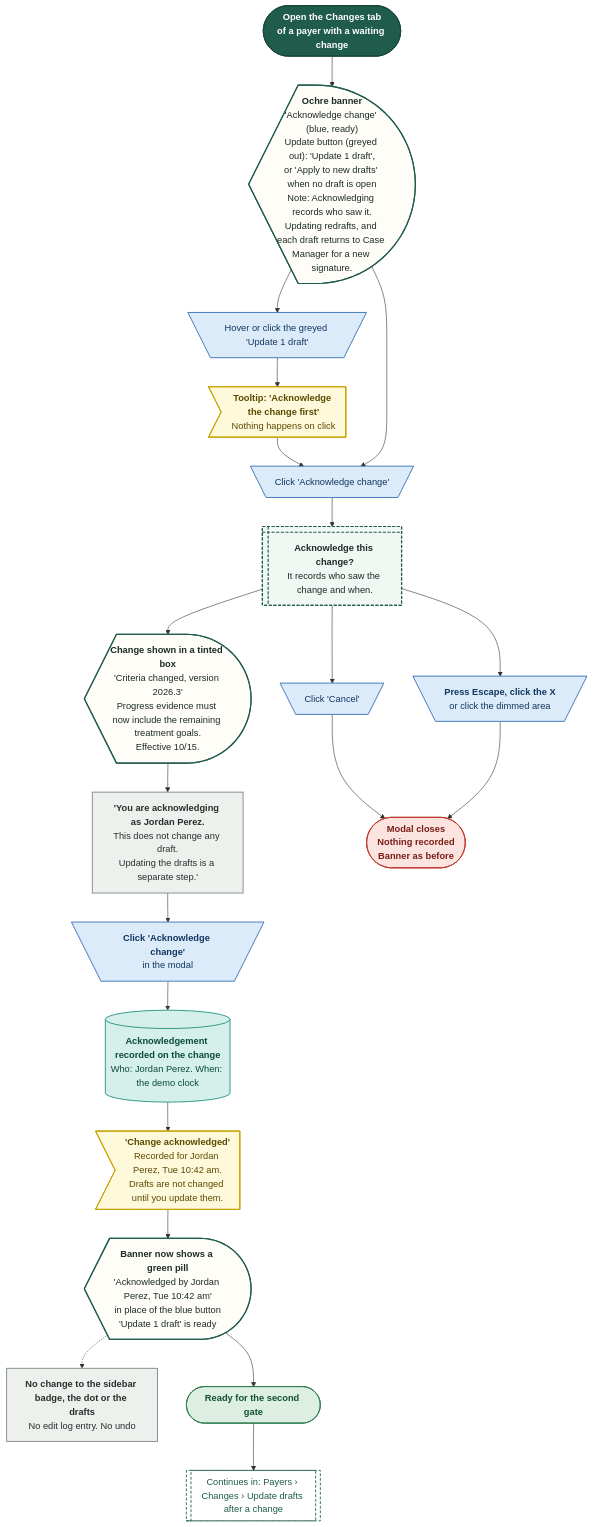
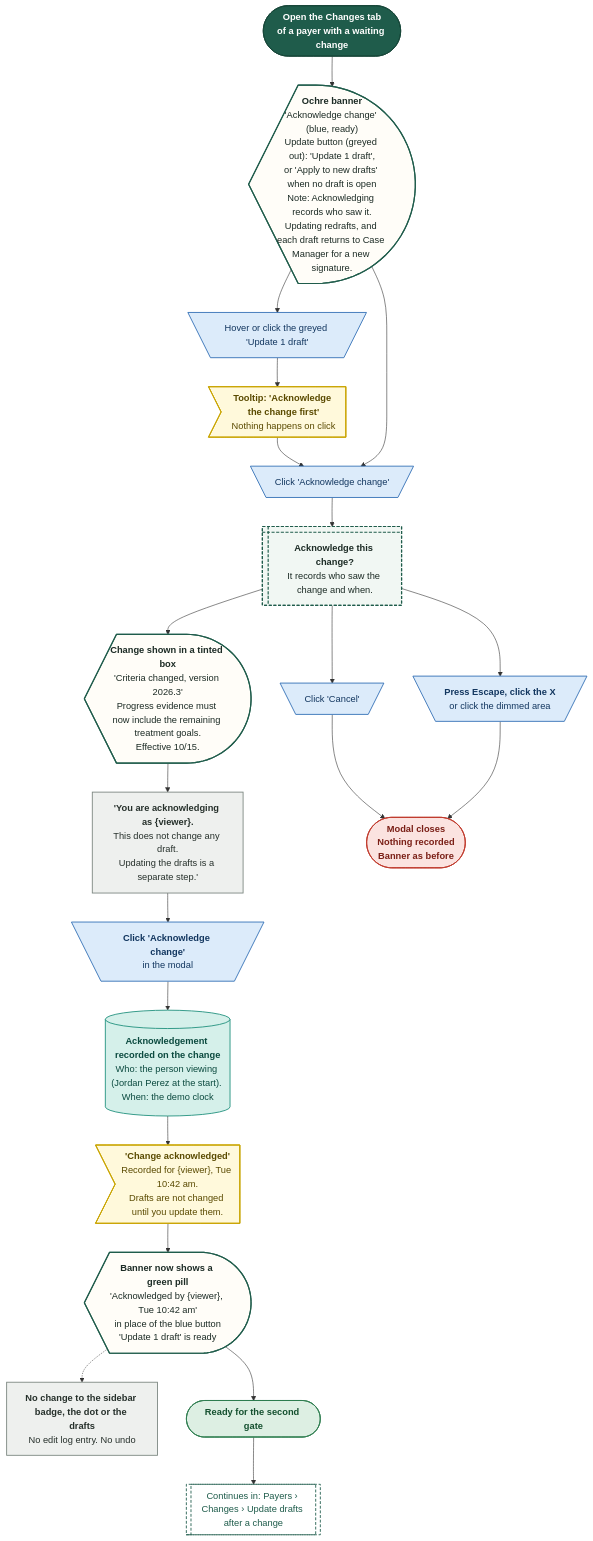
One commit to Shrav143/psyfloapp changed diagram 22 of 27 in demos/prior-auth-demo/workflows/out/md/10-payers.md. Above: the diagram before and after it, drawn with Mermaid. The commit also changed other lines of this file and 251 other files, not shown here.

First line of the commit message:
docs: rebuild the workflow diagrams (291) for round 4

````diff
--- a/demos/prior-auth-demo/workflows/out/md/10-payers.md
+++ b/demos/prior-auth-demo/workflows/out/md/10-payers.md
@@ -1646,55 +1648,55 @@
 ```mermaid
 %%{init: {"theme":"base","themeVariables":{"fontFamily":"'DM Sans', 'Segoe UI', system-ui, sans-serif","fontSize":"15px","lineColor":"#5B6B63","primaryTextColor":"#1C2B25","clusterBkg":"#FBF8F3","clusterBorder":"#D9CDBB","edgeLabelBackground":"#FFFFFF"},"flowchart":{"curve":"basis","nodeSpacing":36,"rankSpacing":48,"padding":12,"htmlLabels":true,"useMaxWidth":false,"wrappingWidth":230}} }%%
 flowchart TD
   classDef k_start fill:#1F5C4B,stroke:#174638,color:#FFFFFF,stroke-width:1.5px,font-weight:600
   classDef k_end fill:#DDEFE3,stroke:#2E7D4F,color:#14502F,stroke-width:1.5px,font-weight:600
   classDef k_endx fill:#FBE3E0,stroke:#C0392B,color:#7A1F16,stroke-width:1.5px,font-weight:600
   classDef k_screen fill:#FFFDF8,stroke:#1F5C4B,color:#1C2B25,stroke-width:2px
   classDef k_overlay fill:#F1F7F3,stroke:#1F5C4B,color:#1C2B25,stroke-width:2px,stroke-dasharray:5 3
   classDef k_click fill:#DCEBFA,stroke:#2F6DB5,color:#12365F,stroke-width:1.5px
   classDef k_input fill:#E4E7FF,stroke:#4C5FD5,color:#1D2670,stroke-width:1.5px
   classDef k_process fill:#EEF0EE,stroke:#7A857F,color:#26302B,stroke-width:1.5px
   classDef k_agent fill:#EEE5FA,stroke:#7A4FC2,color:#341A63,stroke-width:1.5px
   classDef k_decision fill:#FFF0CC,stroke:#D9962B,color:#5C3B00,stroke-width:1.5px
   classDef k_store fill:#D5F0EA,stroke:#1C8E7B,color:#0B4A3F,stroke-width:1.5px
   classDef k_doc fill:#F6E9DC,stroke:#B07A4C,color:#4A2E14,stroke-width:1.5px
   classDef k_ext fill:#FFE6D2,stroke:#E07B39,color:#6B2F06,stroke-width:1.5px
   classDef k_wait fill:#E4E8EE,stroke:#6B7C93,color:#26303D,stroke-width:1.5px
   classDef k_toast fill:#FFF9DB,stroke:#C9A400,color:#5A4A00,stroke-width:1.5px
   classDef k_goto fill:#FFFFFF,stroke:#1F5C4B,color:#1F5C4B,stroke-width:1.5px,stroke-dasharray:5 3
   s1@{ shape: stadium, label: "<b>Open the Changes tab</b><br/>of a payer with a waiting change" }
   bn@{ shape: curv-trap, label: "<b>Ochre banner</b><br/>'Acknowledge change' (blue, ready)<br/>Update button (greyed out): 'Update 1 draft',<br/>or 'Apply to new drafts' when no draft is open<br/>Note: Acknowledging records who saw it.<br/>Updating redrafts, and each draft returns to Case Manager for a new signature." }
   hv@{ shape: trap-t, label: "Hover or click the greyed 'Update 1 draft'" }
   tip@{ shape: odd, label: "<b>Tooltip: 'Acknowledge the change first'</b><br/>Nothing happens on click" }
   ca@{ shape: trap-t, label: "Click 'Acknowledge change'" }
   m@{ shape: win-pane, label: "<b>Acknowledge this change?</b><br/>It records who saw the change and when." }
   bd@{ shape: curv-trap, label: "<b>Change shown in a tinted box</b><br/>'Criteria changed, version 2026.3'<br/>Progress evidence must now include the remaining treatment goals.<br/>Effective 10/15." }
-  who@{ shape: rect, label: "<b>'You are acknowledging as Jordan Perez.</b><br/>This does not change any draft.<br/>Updating the drafts is a separate step.'" }
+  who@{ shape: rect, label: "<b>'You are acknowledging as {viewer}.</b><br/>This does not change any draft.<br/>Updating the drafts is a separate step.'" }
   ok@{ shape: trap-t, label: "<b>Click 'Acknowledge change'</b><br/>in the modal" }
-  st@{ shape: cyl, label: "<b>Acknowledgement recorded on the change</b><br/>Who: Jordan Perez. When: the demo clock" }
-  t1@{ shape: odd, label: "<b>'Change acknowledged'</b><br/>Recorded for Jordan Perez, Tue 10:42 am.<br/>Drafts are not changed until you update them." }
-  bn2@{ shape: curv-trap, label: "<b>Banner now shows a green pill</b><br/>'Acknowledged by Jordan Perez, Tue 10:42 am'<br/>in place of the blue button<br/>'Update 1 draft' is ready" }
+  st@{ shape: cyl, label: "<b>Acknowledgement recorded on the change</b><br/>Who: the person viewing (Jordan Perez at the start). When: the demo clock" }
+  t1@{ shape: odd, label: "<b>'Change acknowledged'</b><br/>Recorded for {viewer}, Tue 10:42 am.<br/>Drafts are not changed until you update them." }
+  bn2@{ shape: curv-trap, label: "<b>Banner now shows a green pill</b><br/>'Acknowledged by {viewer}, Tue 10:42 am'<br/>in place of the blue button<br/>'Update 1 draft' is ready" }
   nb@{ shape: rect, label: "<b>No change to the sidebar badge, the dot or the drafts</b><br/>No edit log entry. No undo" }
   cx@{ shape: trap-t, label: "Click 'Cancel'" }
   cesc@{ shape: trap-t, label: "<b>Press Escape, click the X</b><br/>or click the dimmed area" }
   x1@{ shape: stadium, label: "<b>Modal closes</b><br/>Nothing recorded<br/>Banner as before" }
   e1@{ shape: stadium, label: "Ready for the second gate" }
   g1@{ shape: subproc, label: "Continues in: Payers › Changes › Update drafts after a change" }
   s1 --> bn
   bn --> hv --> tip --> ca
   bn --> ca --> m --> bd --> who --> ok --> st --> t1 --> bn2 --> e1
   bn2 -.-> nb
   e1 --> g1
   m --> cx --> x1
   m --> cesc --> x1
   class s1 k_start
   class bn,bd,bn2 k_screen
   class hv,ca,ok,cx,cesc k_click
   class tip,t1 k_toast
   class m k_overlay
   class who,nb k_process
   class st k_store
   class x1 k_endx
   class e1 k_end
   class g1 k_goto
 ```
````
